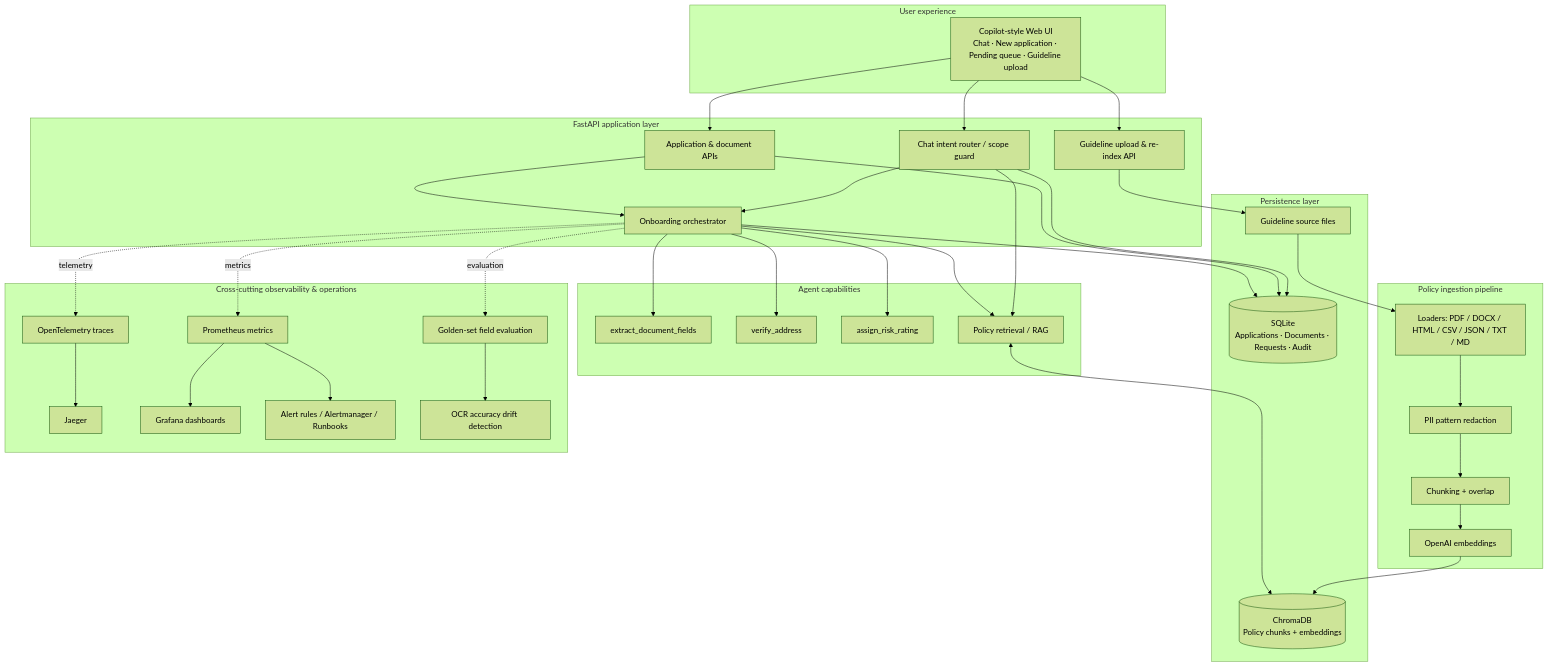
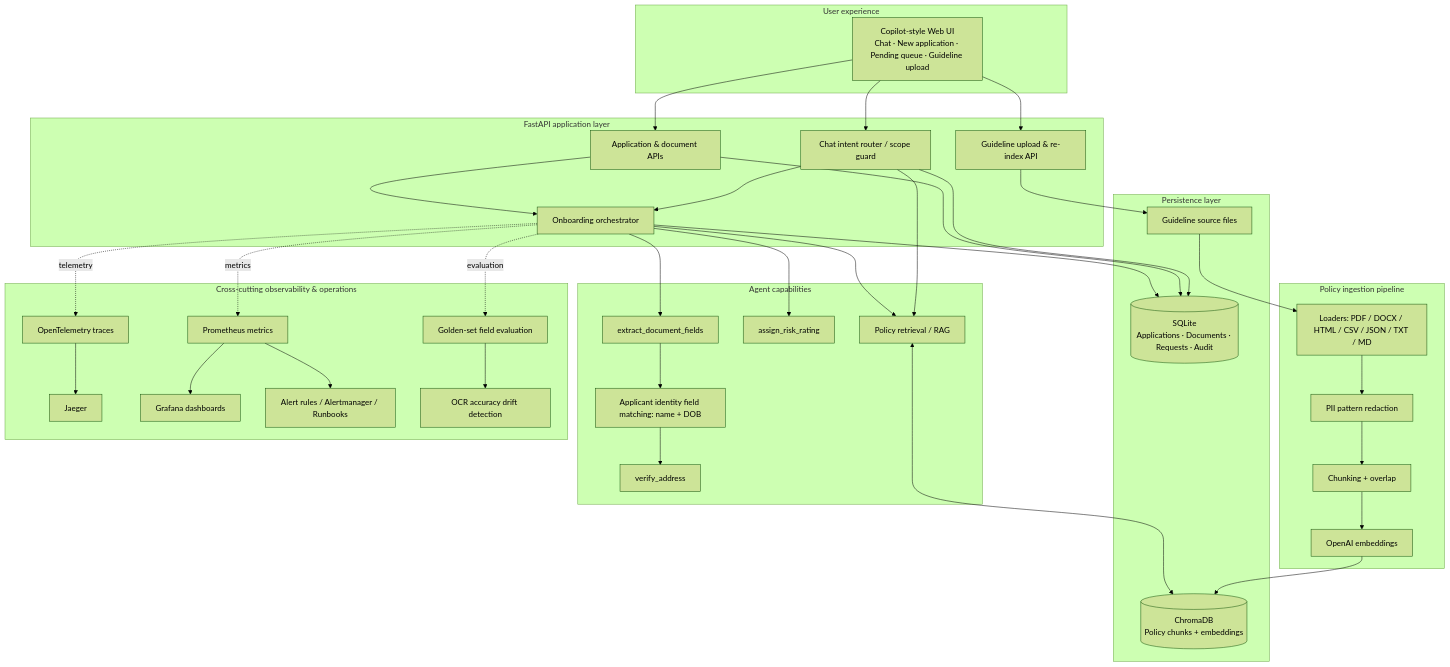
Before and after one commit to amitkumarnayak2k20/onboarding-accelerator-account-opening-kyc-ui: the diagram in ARCHITECTURE.md, drawn with Mermaid (forest theme). The commit also changed other lines of this file and 14 other files, not shown here.

````diff
--- a/ARCHITECTURE.md
+++ b/ARCHITECTURE.md
@@ -3,53 +3,54 @@
 ```mermaid
 flowchart TB
   subgraph User[User experience]
     UI[Copilot-style Web UI<br/>Chat · New application · Pending queue · Guideline upload]
   end
   subgraph API[FastAPI application layer]
     CHAT[Chat intent router / scope guard]
     APP[Application & document APIs]
     ADMIN[Guideline upload & re-index API]
     ORCH[Onboarding orchestrator]
   end
   subgraph Core[Agent capabilities]
     EXT[extract_document_fields]
+    MATCH[Applicant identity field matching: name + DOB]
     ADDR[verify_address]
     RISK[assign_risk_rating]
     RET[Policy retrieval / RAG]
   end
   subgraph Data[Persistence layer]
     SQL[(SQLite<br/>Applications · Documents · Requests · Audit)]
     CHROMA[(ChromaDB<br/>Policy chunks + embeddings)]
     FILES[Guideline source files]
   end
   subgraph Ingest[Policy ingestion pipeline]
     LOAD[Loaders: PDF / DOCX / HTML / CSV / JSON / TXT / MD]
     PII[PII pattern redaction]
     CHUNK[Chunking + overlap]
     EMB[OpenAI embeddings]
   end
   subgraph Obs[Cross-cutting observability & operations]
     OTEL[OpenTelemetry traces] --> JAEGER[Jaeger]
     MET[Prometheus metrics] --> GRAF[Grafana dashboards]
     MET --> ALERT[Alert rules / Alertmanager / Runbooks]
     EVAL[Golden-set field evaluation] --> DRIFT[OCR accuracy drift detection]
   end
   UI --> CHAT
   UI --> APP
   UI --> ADMIN
   CHAT --> SQL
   CHAT --> RET
   CHAT --> ORCH
   APP --> SQL
   APP --> ORCH
-  ORCH --> EXT
-  ORCH --> ADDR
+  ORCH --> EXT --> MATCH
+  MATCH --> ADDR
   ORCH --> RISK
   ORCH --> RET
   ORCH --> SQL
   ADMIN --> FILES --> LOAD --> PII --> CHUNK --> EMB --> CHROMA
   RET <--> CHROMA
   ORCH -. telemetry .-> OTEL
   ORCH -. metrics .-> MET
   ORCH -. evaluation .-> EVAL
 ```
````
